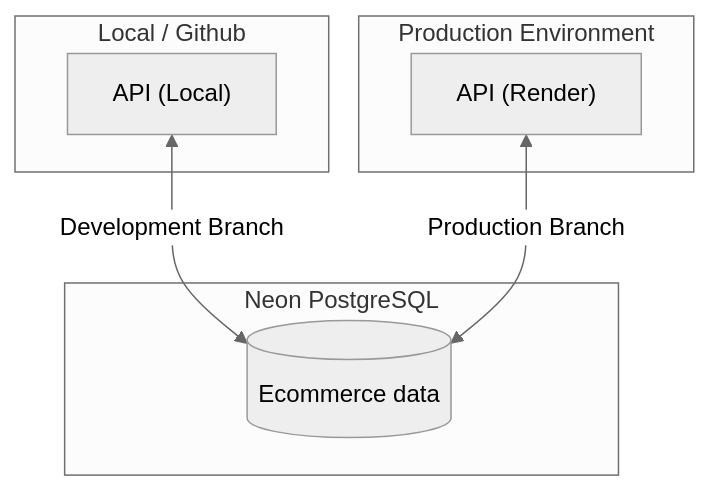
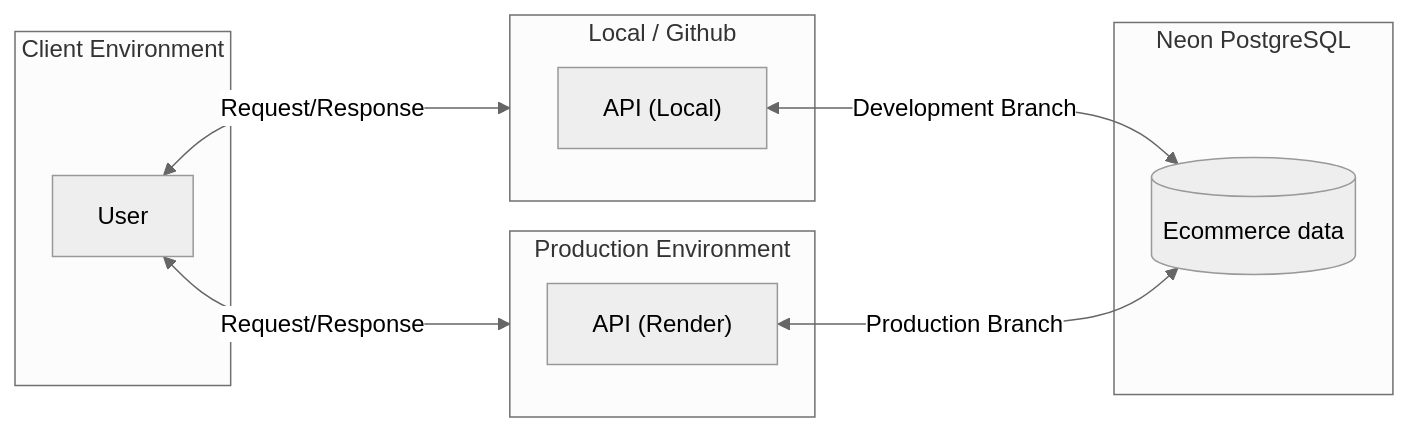
Before and after one commit to EmanuelRodriguezBedeman/fastapi-analytics-project: the first of 5 diagrams in README.md, drawn with Mermaid (neutral theme).

Commit message:
Update: Added Client Request/Response to the general structure mermaid graph

````diff
--- a/README.md
+++ b/README.md
@@ -75,17 +75,24 @@
 ```mermaid
-flowchart TD
+flowchart LR
+
+    subgraph ClientEnv ["Client Environment"]
+        Client["User"]
+    end
+
     subgraph Neon ["Neon PostgreSQL"]
         Database[("Ecommerce data")]
     end
 
     subgraph Local ["Local / Github"]
         LocalAPI["API (Local)"]
     end
 
     subgraph Render ["Production Environment"]
         RenderAPI["API (Render)"]
     end
 
+    Client <--> |"Request/Response"| Local
+    Client <--> |"Request/Response"| Render
     LocalAPI <--> |"Development Branch"| Database
     RenderAPI <--> |"Production Branch"| Database
 ```
````
